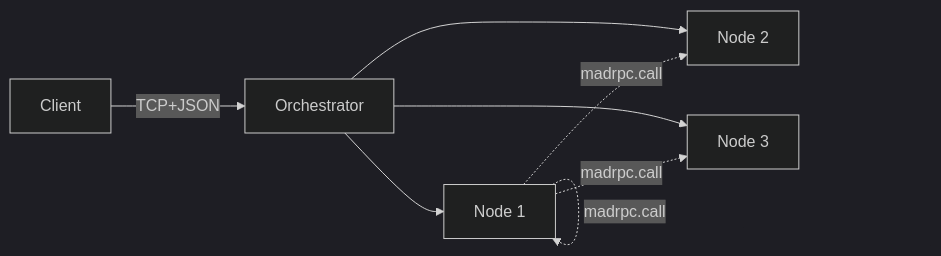
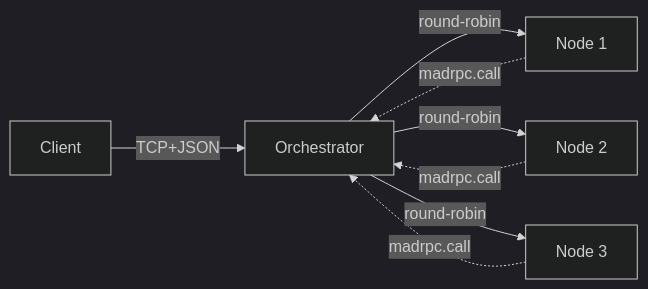
The diagram in README.md (podikoglou/madrpc-2), drawn with Mermaid (dark theme) before and after one commit.

Commit message:
docs(readme): fix mermaid diagram to show actual flow
Nodes call back to the orchestrator for RPC calls, not other nodes directly.
The orchestrator then forwards to any node via round-robin.

````diff
--- a/README.md
+++ b/README.md
@@ -26,11 +26,11 @@
 ```mermaid
 graph LR
     Client[Client] -->|TCP+JSON| Orch[Orchestrator]
-    Orch --> N1[Node 1]
-    Orch --> N2[Node 2]
-    Orch --> N3[Node 3]
+    Orch -->|round-robin| N1[Node 1]
+    Orch -->|round-robin| N2[Node 2]
+    Orch -->|round-robin| N3[Node 3]
 
-    N1 -.->|madrpc.call| N2
-    N1 -.->|madrpc.call| N3
-    N1 -.->|madrpc.call| N1
+    N1 -.->|madrpc.call| Orch
+    N2 -.->|madrpc.call| Orch
+    N3 -.->|madrpc.call| Orch
 ```
````
